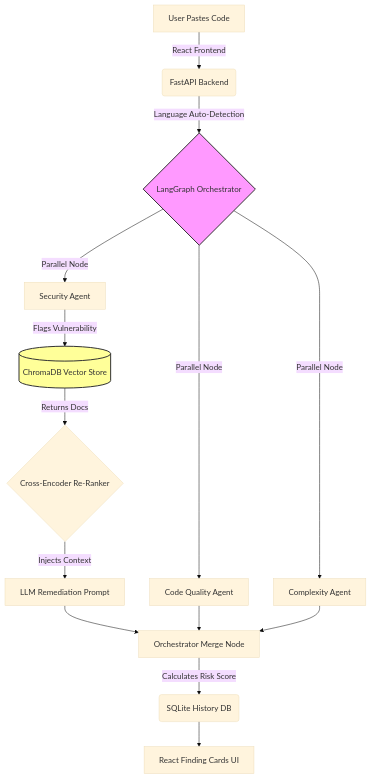
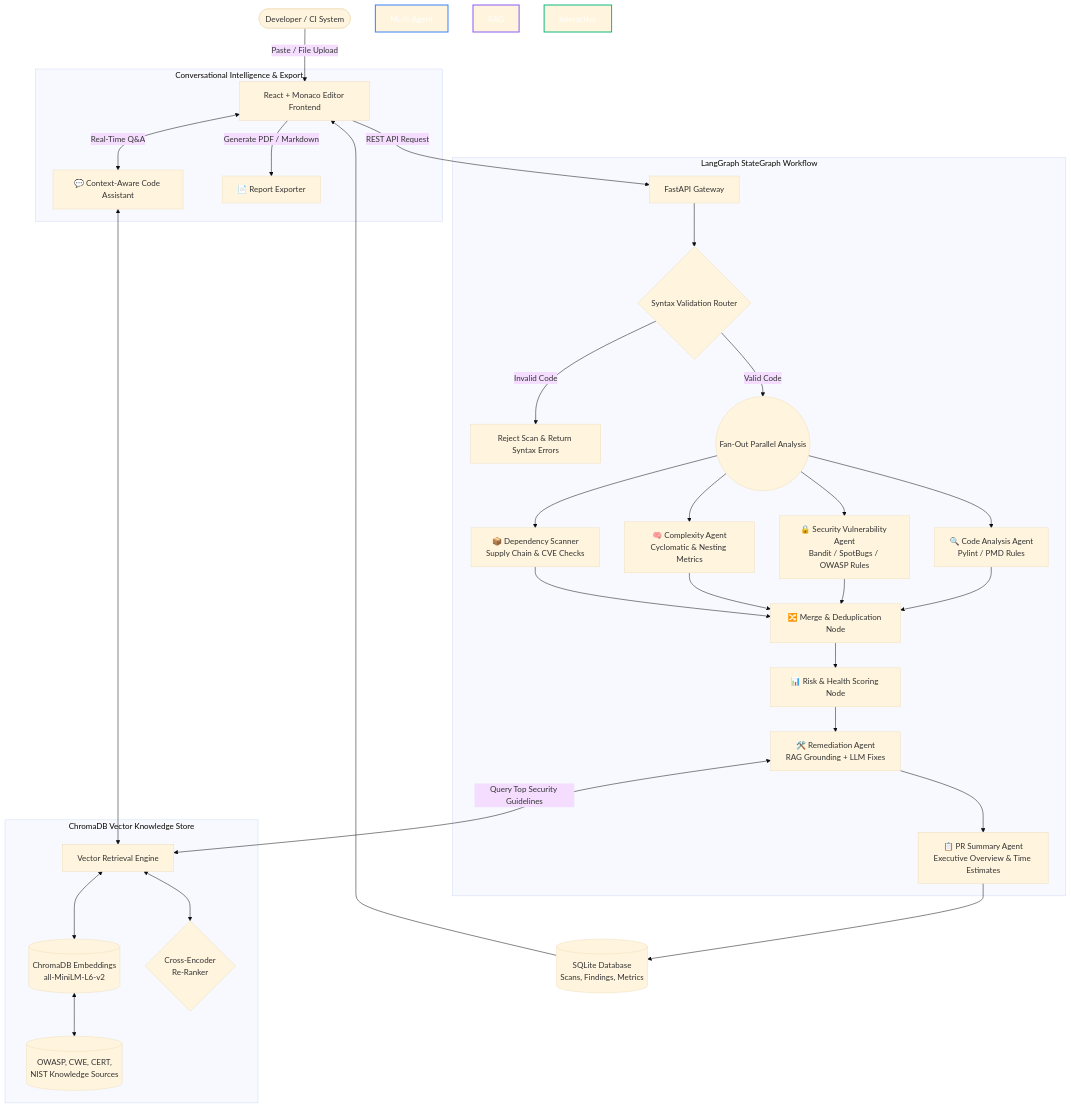
The diagram in README.md (Mugunthan-127/AI-Code-Review-Security-Analysis-Agent), drawn with Mermaid (base theme) before and after one commit. The commit also changed other lines of this file and 27 other files, not shown here.

Commit message:
feat: complete Milestone 3 implementation with RAG Remediation, PR Summary Agent, enhanced UI, and comprehensive README documentation

````diff
--- a/README.md
+++ b/README.md
@@ -36,23 +37,46 @@
 ```mermaid
 graph TD
-    A[User Pastes Code] -->|React Frontend| B(FastAPI Backend)
-    B -->|Language Auto-Detection| C{LangGraph Orchestrator}
+    User([Developer / CI System]) -->|Paste / File Upload| UI[React + Monaco Editor Frontend]
+    UI -->|REST API Request| Backend[FastAPI Gateway]
     
-    C -->|Parallel Node| D[Security Agent]
-    C -->|Parallel Node| E[Code Quality Agent]
-    C -->|Parallel Node| F[Complexity Agent]
+    subgraph Multi-Agent Orchestration [LangGraph StateGraph Workflow]
+        Backend --> Router{Syntax Validation Router}
+        Router -->|Invalid Code| Reject[Reject Scan & Return Syntax Errors]
+        
+        Router -->|Valid Code| FanOut((Fan-Out Parallel Analysis))
+        
+        FanOut --> AgentQuality[🔍 Code Analysis Agent\nPylint / PMD Rules]
+        FanOut --> AgentSec[🔒 Security Vulnerability Agent\nBandit / SpotBugs / OWASP Rules]
+        FanOut --> AgentComp[🧠 Complexity Agent\nCyclomatic & Nesting Metrics]
+        FanOut --> AgentDep[📦 Dependency Scanner\nSupply Chain & CVE Checks]
+        
+        AgentQuality --> MergeNode[🔀 Merge & Deduplication Node]
+        AgentSec --> MergeNode
+        AgentComp --> MergeNode
+        AgentDep --> MergeNode
+        
+        MergeNode --> RiskNode[📊 Risk & Health Scoring Node]
+        RiskNode --> RemNode[🛠️ Remediation Agent\nRAG Grounding + LLM Fixes]
+        RemNode --> PRNode[📋 PR Summary Agent\nExecutive Overview & Time Estimates]
+    end
     
-    D -->|Flags Vulnerability| G[(ChromaDB Vector Store)]
-    G -->|Returns Docs| H{Cross-Encoder Re-Ranker}
-    H -->|Injects Context| I[LLM Remediation Prompt]
-    I --> J
+    subgraph RAG Knowledge Pipeline [ChromaDB Vector Knowledge Store]
+        RemNode <-->|Query Top Security Guidelines| RAGService[Vector Retrieval Engine]
+        RAGService <--> VectorDB[(ChromaDB Embeddings\nall-MiniLM-L6-v2)]
+        RAGService <--> ReRanker{Cross-Encoder\nRe-Ranker}
+        VectorDB <--> Docs[(OWASP, CWE, CERT,\nNIST Knowledge Sources)]
+    end
     
-    E --> J[Orchestrator Merge Node]
-    F --> J
+    PRNode --> DB[(SQLite Database\nScans, Findings, Metrics)]
+    DB --> UI
     
-    J -->|Calculates Risk Score| K(SQLite History DB)
-    K --> L[React Finding Cards UI]
-    
-    style C fill:#f9f,stroke:#333,stroke-width:2px
-    style G fill:#ff9,stroke:#333,stroke-width:2px
+    subgraph Interactive Features [Conversational Intelligence & Export]
+        UI <-->|Real-Time Q&A| ChatBot[💬 Context-Aware Code Assistant]
+        ChatBot <--> RAGService
+        UI -->|Generate PDF / Markdown| ReportGen[📄 Report Exporter]
+    end
+
+    style Multi-Agent Orchestration fill:#0f172a,stroke:#3b82f6,stroke-width:2px,color:#fff
+    style RAG Knowledge Pipeline fill:#1e1b4b,stroke:#8b5cf6,stroke-width:2px,color:#fff
+    style Interactive Features fill:#064e3b,stroke:#10b981,stroke-width:2px,color:#fff
 ```
````
